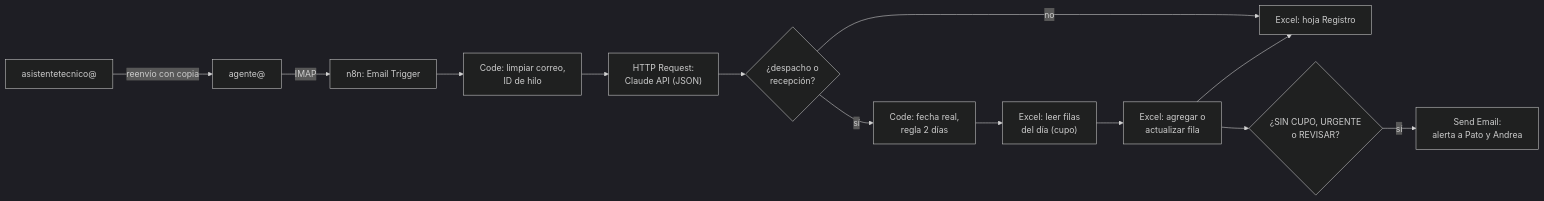
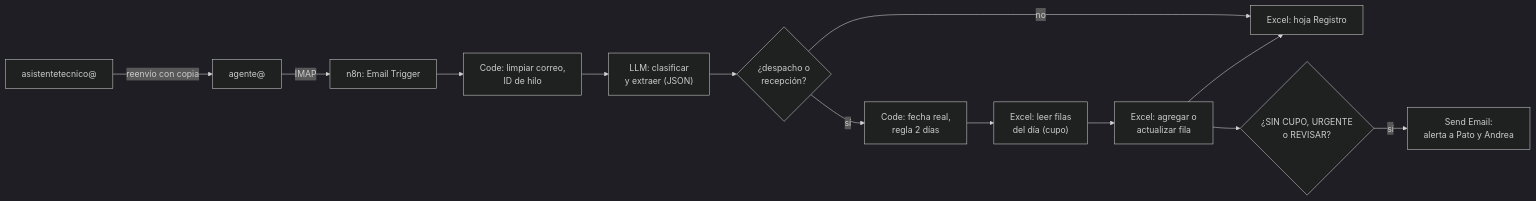
Before and after one commit to zhbozzo/alzatec: the diagram in docs/05-implementacion.md, drawn with Mermaid (dark theme). The commit also changed other lines of this file and 3 other files, not shown here.

````diff
--- a/docs/05-implementacion.md
+++ b/docs/05-implementacion.md
@@ -13,15 +13,15 @@
 ```mermaid
 flowchart LR
   AT["asistentetecnico@"] -->|"reenvío con copia"| AG["agente@"]
   AG -->|"IMAP"| N1["n8n: Email Trigger"]
   N1 --> N2["Code: limpiar correo,<br/>ID de hilo"]
-  N2 --> N3["HTTP Request:<br/>Claude API (JSON)"]
+  N2 --> N3["LLM: clasificar<br/>y extraer (JSON)"]
   N3 --> N4{"¿despacho o<br/>recepción?"}
   N4 -->|no| LOG["Excel: hoja Registro"]
   N4 -->|sí| N5["Code: fecha real,<br/>regla 2 días"]
   N5 --> N6["Excel: leer filas<br/>del día (cupo)"]
   N6 --> N7["Excel: agregar o<br/>actualizar fila"]
   N7 --> N8{"¿SIN CUPO, URGENTE<br/>o REVISAR?"}
   N8 -->|sí| MAIL["Send Email:<br/>alerta a Pato y Andrea"]
   N7 --> LOG
 ```
````
